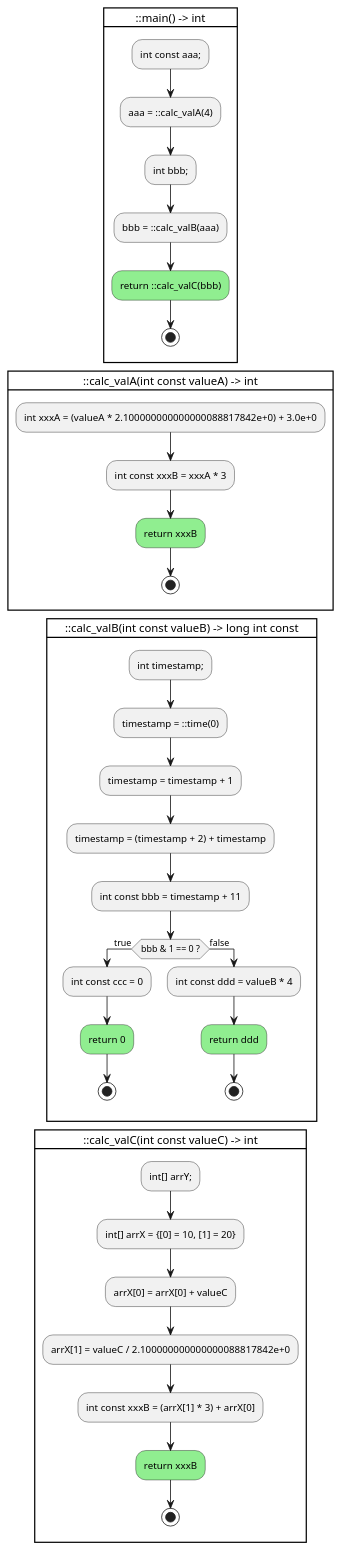
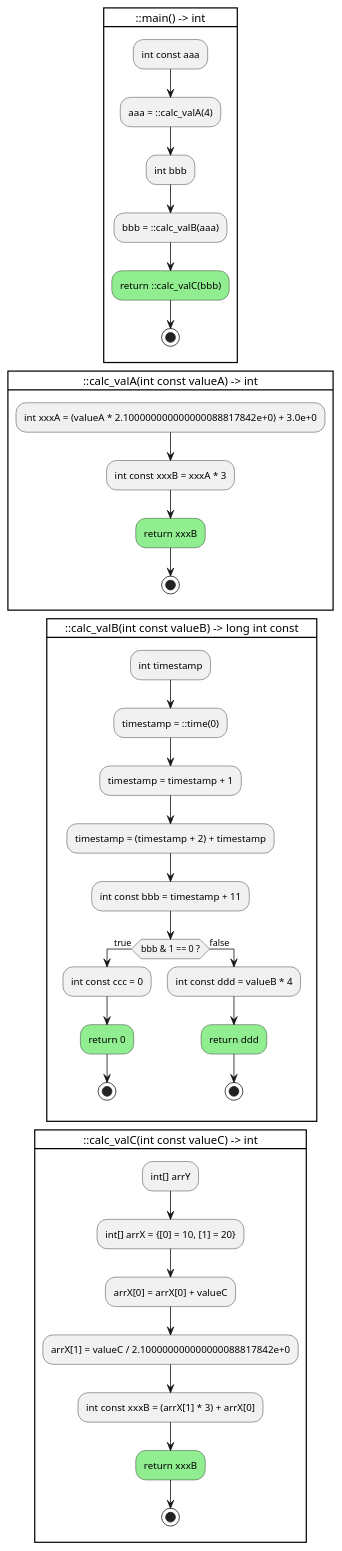
The diagram in examples/ctrlflowgraph/ctrl_main.cpp.puml (anetczuk/gcc-uml), drawn with PlantUML before and after one commit. The commit also changed 20 other files, not shown here.

```diff
--- a/examples/ctrlflowgraph/ctrl_main.cpp.puml
+++ b/examples/ctrlflowgraph/ctrl_main.cpp.puml
@@ -1,51 +1,51 @@
 @startuml
 
 card "::main() -> int" {
-    :int const aaa;;
+    :int const aaa;
     :aaa = ::calc_valA(4);
-    :int bbb;;
+    :int bbb;
     :bbb = ::calc_valB(aaa);
     #lightgreen:return ::calc_valC(bbb);
     stop
     -[hidden]->
 }
 
 card "::calc_valA(int const valueA) -> int" {
     :int xxxA = (valueA * 2.100000000000000088817842e+0) + 3.0e+0;
     :int const xxxB = xxxA * 3;
     #lightgreen:return xxxB;
     stop
     -[hidden]->
 }
 
 card "::calc_valB(int const valueB) -> long int const" {
-    :int timestamp;;
+    :int timestamp;
     :timestamp = ::time(0);
     :timestamp = timestamp + 1;
     :timestamp = (timestamp + 2) + timestamp;
     :int const bbb = timestamp + 11;
     if (bbb & 1 == 0 ?) then (true)
         :int const ccc = 0;
         #lightgreen:return 0;
         stop
     else (false)
         :int const ddd = valueB * 4;
         #lightgreen:return ddd;
         stop
     endif
     -[hidden]->
 }
 
 card "::calc_valC(int const valueC) -> int" {
-    :int[] arrY;;
+    :int[] arrY;
     :int[] arrX = {[0] = 10, [1] = 20};
     :arrX[0] = arrX[0] + valueC;
     :arrX[1] = valueC / 2.100000000000000088817842e+0;
     :int const xxxB = (arrX[1] * 3) + arrX[0];
     #lightgreen:return xxxB;
     stop
     -[hidden]->
 }
 
 
 @enduml
```
